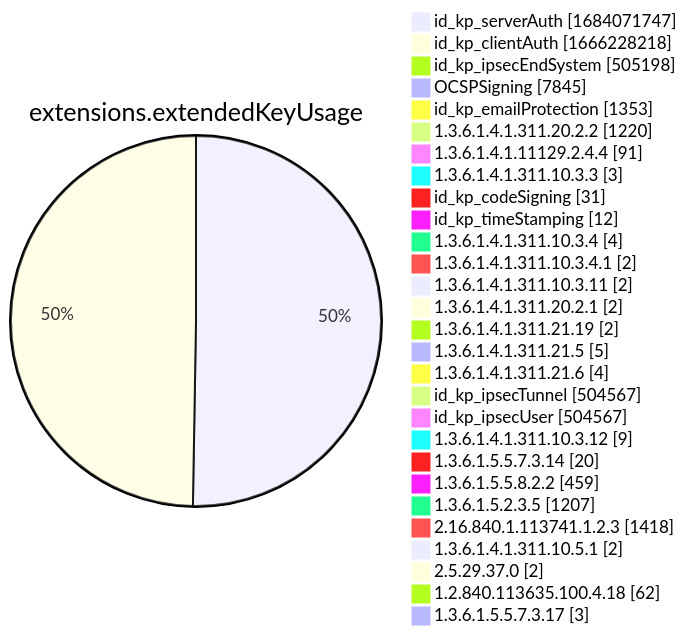
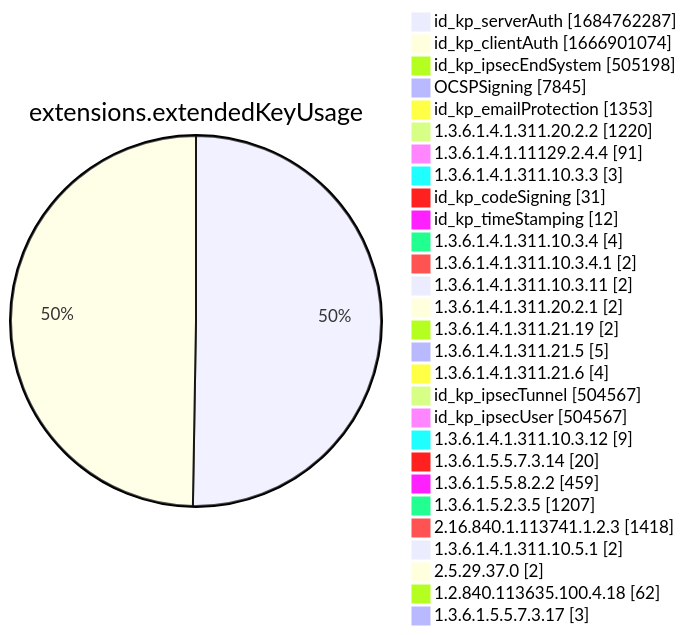
Diagram 12 of 15 in xenon2022/README.md (christiankrug/ctmonitor_visualization), drawn with Mermaid before and after one commit. The commit also changed other lines of this file, not shown here.

````diff
--- a/xenon2022/README.md
+++ b/xenon2022/README.md
@@ -3888,32 +3888,32 @@
 ```mermaid
 pie showData
 title extensions.extendedKeyUsage
-"id_kp_serverAuth" :1684071747
-"id_kp_clientAuth" :1666228218
+"id_kp_serverAuth" :1684762287
+"id_kp_clientAuth" :1666901074
 "id_kp_ipsecEndSystem" :505198
 "OCSPSigning" :7845
 "id_kp_emailProtection" :1353
 "1.3.6.1.4.1.311.20.2.2" :1220
 "1.3.6.1.4.1.11129.2.4.4" :91
 "1.3.6.1.4.1.311.10.3.3" :3
 "id_kp_codeSigning" :31
 "id_kp_timeStamping" :12
 "1.3.6.1.4.1.311.10.3.4" :4
 "1.3.6.1.4.1.311.10.3.4.1" :2
 "1.3.6.1.4.1.311.10.3.11" :2
 "1.3.6.1.4.1.311.20.2.1" :2
 "1.3.6.1.4.1.311.21.19" :2
 "1.3.6.1.4.1.311.21.5" :5
 "1.3.6.1.4.1.311.21.6" :4
 "id_kp_ipsecTunnel" :504567
 "id_kp_ipsecUser" :504567
 "1.3.6.1.4.1.311.10.3.12" :9
 "1.3.6.1.5.5.7.3.14" :20
 "1.3.6.1.5.5.8.2.2" :459
 "1.3.6.1.5.2.3.5" :1207
 "2.16.840.1.113741.1.2.3" :1418
 "1.3.6.1.4.1.311.10.5.1" :2
 "2.5.29.37.0" :2
 "1.2.840.113635.100.4.18" :62
 "1.3.6.1.5.5.7.3.17" :3
 ```
````
